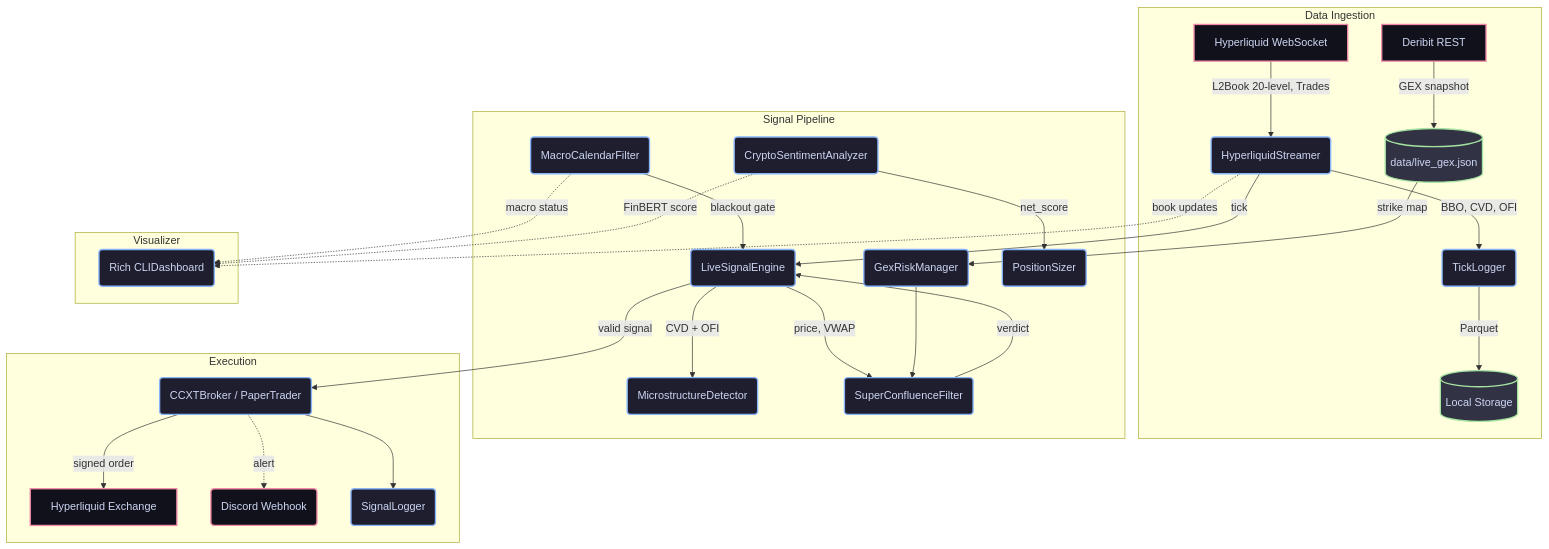
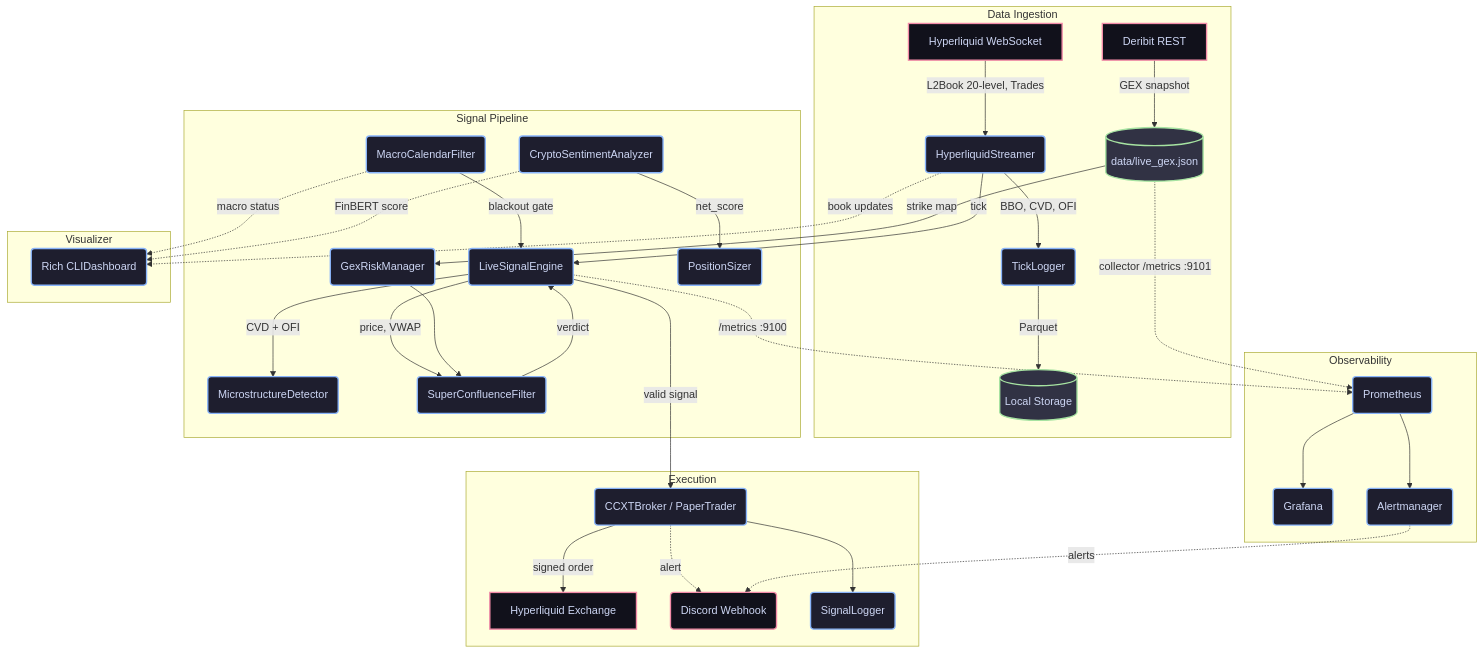
The diagram in README.md (Ad1xon/crypto-bot), drawn with Mermaid before and after one commit. The commit also changed other lines of this file and 1 other file, not shown here.

First line of the commit message:
docs: add K8s vs Compose ADR, Docker deployment instructions and updated architecture

````diff
--- a/README.md
+++ b/README.md
@@ -14,41 +14,49 @@
 ```mermaid
 flowchart TD
     subgraph Data Ingestion
         HL[Hyperliquid WebSocket] -->|L2Book 20-level, Trades| Streamer(HyperliquidStreamer)
         Streamer -->|BBO, CVD, OFI| Logger(TickLogger)
         Logger -->|Parquet| Storage[(Local Storage)]
         Deribit[Deribit REST] -->|GEX snapshot| GEXFile[(data/live_gex.json)]
     end
 
     subgraph Signal Pipeline
         Streamer -->|tick| Engine(LiveSignalEngine)
         Engine -->|CVD + OFI| Detector(MicrostructureDetector)
         Engine -->|price, VWAP| Confluence(SuperConfluenceFilter)
         GEXFile -->|strike map| GEX(GexRiskManager)
         GEX --> Confluence
         Macro(MacroCalendarFilter) -->|blackout gate| Engine
         Sentiment(CryptoSentimentAnalyzer) -->|net_score| Sizer(PositionSizer)
         Confluence -->|verdict| Engine
     end
 
     subgraph Execution
         Engine -->|valid signal| Broker(CCXTBroker / PaperTrader)
         Broker -->|signed order| HL_Exec[Hyperliquid Exchange]
         Broker -.->|alert| Discord(Discord Webhook)
         Broker --> SigLog(SignalLogger)
     end
 
     subgraph Visualizer
         Streamer -.->|book updates| CLI(Rich CLIDashboard)
         Macro -.->|macro status| CLI
         Sentiment -.->|FinBERT score| CLI
     end
 
+    subgraph Observability
+        Engine -.->|/metrics :9100| Prom(Prometheus)
+        GEXFile -.->|collector /metrics :9101| Prom
+        Prom --> Graf(Grafana)
+        Prom --> AM(Alertmanager)
+        AM -.->|alerts| Discord
+    end
+
     classDef main fill:#1e1e2e,stroke:#89b4fa,stroke-width:2px,color:#cdd6f4;
     classDef storage fill:#313244,stroke:#a6e3a1,stroke-width:2px,color:#cdd6f4;
     classDef ext fill:#11111b,stroke:#f38ba8,stroke-width:2px,color:#cdd6f4;
 
-    class Streamer,Engine,Detector,Confluence,GEX,Broker,Logger,CLI,Sizer,Macro,Sentiment,SigLog main;
+    class Streamer,Engine,Detector,Confluence,GEX,Broker,Logger,CLI,Sizer,Macro,Sentiment,SigLog,Prom,Graf,AM main;
     class Storage,GEXFile storage;
     class HL,HL_Exec,Discord,Deribit ext;
 ```
````
